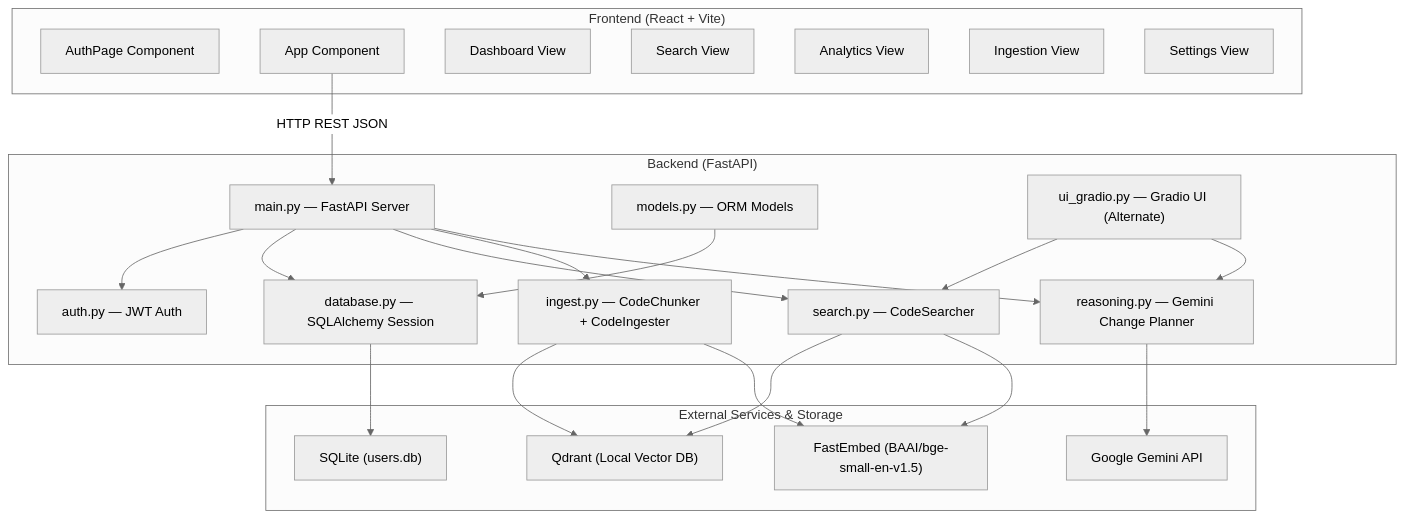
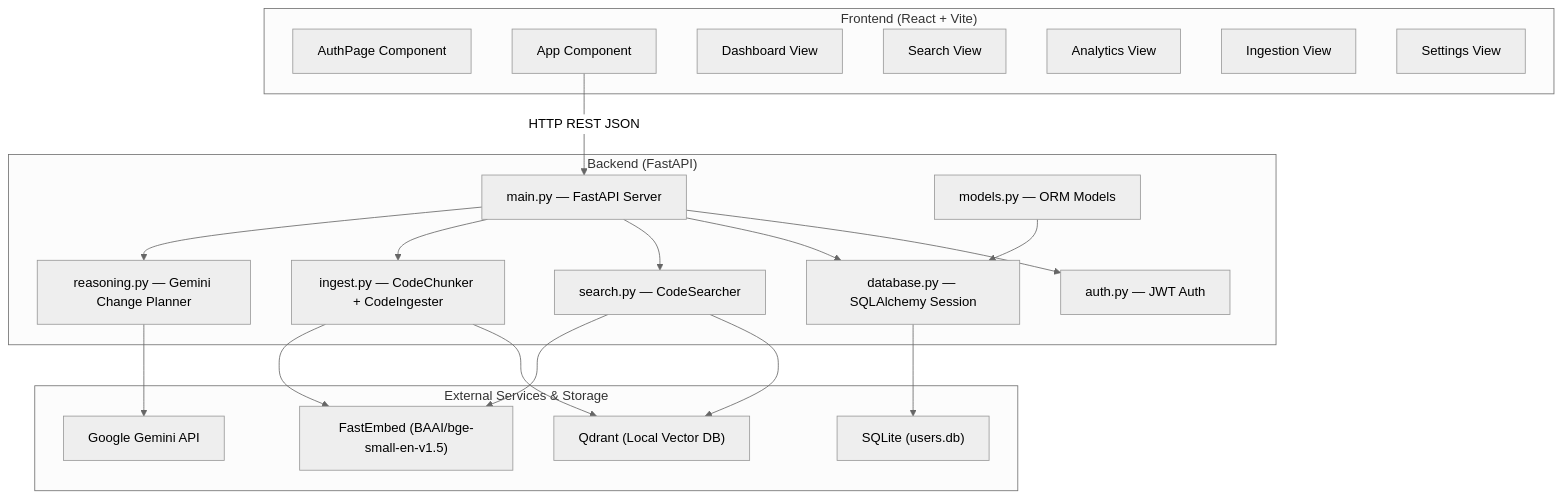
Before and after one commit to alijafarkamal/Hybrid-Semantic-Code-Search-using-Qdrant: the first of 4 diagrams in README.md, drawn with Mermaid (neutral theme). The commit also changed other lines of this file and 15 other files, not shown here.

````diff
--- a/README.md
+++ b/README.md
@@ -26,46 +26,43 @@
 ```mermaid
 graph TB
     subgraph Frontend ["Frontend (React + Vite)"]
         AuthPage["AuthPage Component"]
         AppComp["App Component"]
         Dashboard["Dashboard View"]
         SearchView["Search View"]
         AnalyticsView["Analytics View"]
         IngestionView["Ingestion View"]
         SettingsView["Settings View"]
     end
 
     subgraph Backend ["Backend (FastAPI)"]
         MainAPI["main.py — FastAPI Server"]
         AuthMod["auth.py — JWT Auth"]
         DBMod["database.py — SQLAlchemy Session"]
         ModelsMod["models.py — ORM Models"]
         SearchMod["search.py — CodeSearcher"]
         IngestMod["ingest.py — CodeChunker + CodeIngester"]
         ReasonMod["reasoning.py — Gemini Change Planner"]
-        GradioUI["ui_gradio.py — Gradio UI (Alternate)"]
     end
 
     subgraph External ["External Services & Storage"]
         Qdrant["Qdrant (Local Vector DB)"]
         SQLite["SQLite (users.db)"]
         FastEmbed["FastEmbed (BAAI/bge-small-en-v1.5)"]
         Gemini["Google Gemini API"]
     end
 
     AppComp -->|HTTP REST JSON| MainAPI
     MainAPI --> AuthMod
     MainAPI --> DBMod
     MainAPI --> SearchMod
     MainAPI --> IngestMod
     MainAPI --> ReasonMod
     DBMod --> SQLite
     ModelsMod --> DBMod
     SearchMod --> Qdrant
     SearchMod --> FastEmbed
     IngestMod --> Qdrant
     IngestMod --> FastEmbed
     ReasonMod --> Gemini
-    GradioUI --> SearchMod
-    GradioUI --> ReasonMod
 ```
````
